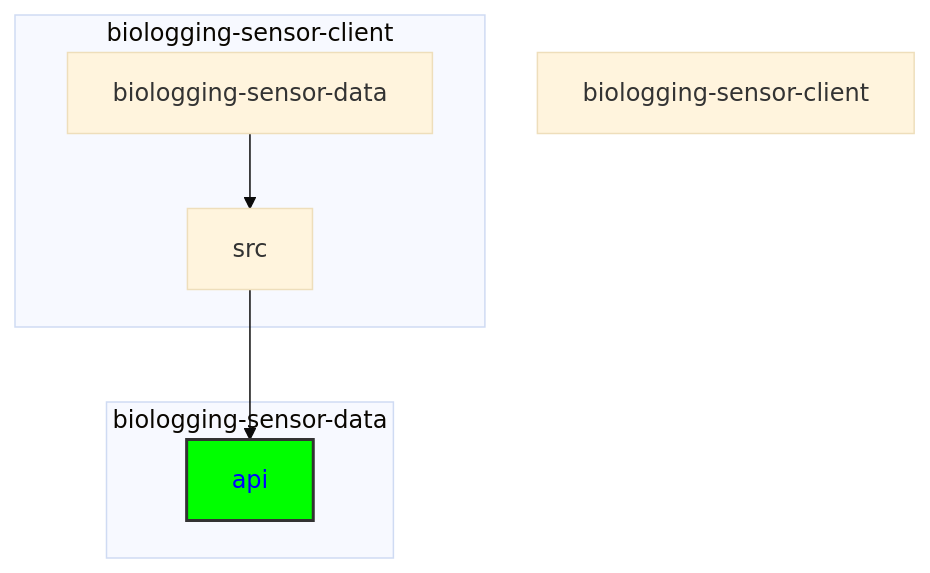
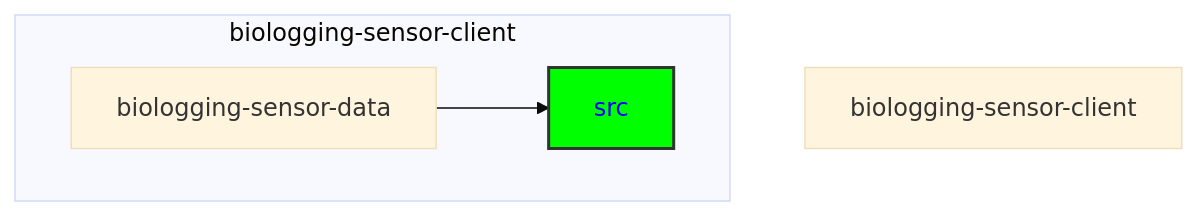
Before and after one commit to Khosiyat/Algorithms: the diagram in draft-delete.md, drawn with Mermaid (base theme).

````diff
--- a/draft-delete.md
+++ b/draft-delete.md
@@ -1,17 +1,13 @@
 ```mermaid
 graph TD
     A["biologging-sensor-client"] 
     B["biologging-sensor-data"]
-    C["src"]
-    D["<span style='color:blue'>api</span>"]
+    C["<span style='color:blue'>src</span>"]
 
     subgraph biologging-sensor-client
         B --> C
     end
-    subgraph biologging-sensor-data
-        C --> D
-    end
 
-    style D fill:#0f0,stroke:#333,stroke-width:2px;
+    style C fill:#0f0,stroke:#333,stroke-width:2px;
 
 ```
````
